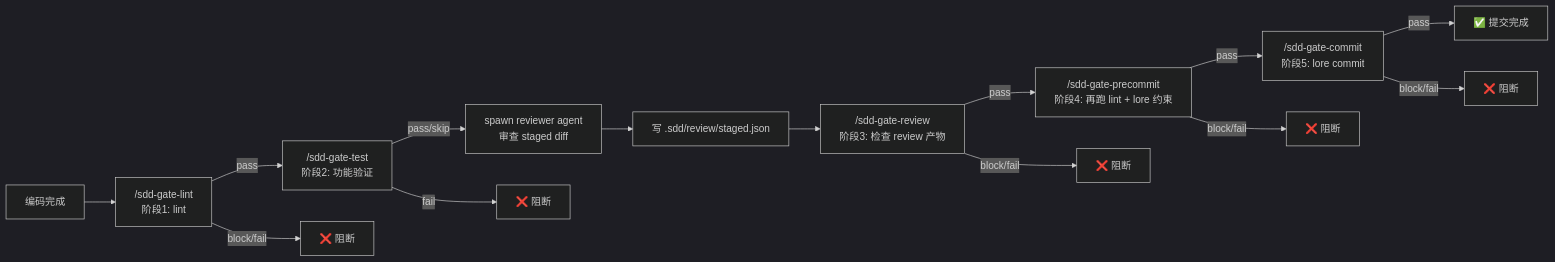
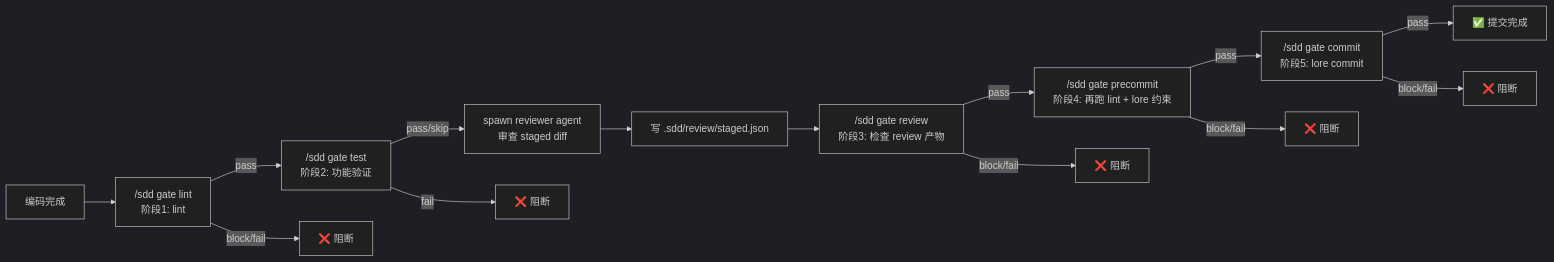
One commit to Norman-pong/sdd-pack changed the first of 2 diagrams in docs/architecture/sdd-gate.md. Above: the diagram before and after it, drawn with Mermaid (dark theme). The commit also changed other lines of this file and 9 other files, not shown here.

````diff
--- a/docs/architecture/sdd-gate.md
+++ b/docs/architecture/sdd-gate.md
@@ -47,16 +47,16 @@
 ```mermaid
 flowchart LR
-    Code["编码完成"] --> GL["/sdd-gate-lint<br/>阶段1: lint"]
-    GL -->|pass| GT["/sdd-gate-test<br/>阶段2: 功能验证"]
+    Code["编码完成"] --> GL["/sdd gate lint<br/>阶段1: lint"]
+    GL -->|pass| GT["/sdd gate test<br/>阶段2: 功能验证"]
     GL -->|block/fail| Stop1["❌ 阻断"]
     GT -->|pass/skip| Review["spawn reviewer agent<br/>审查 staged diff"]
     GT -->|fail| Stop2["❌ 阻断"]
     Review --> WriteReview["写 .sdd/review/staged.json"]
-    WriteReview --> GR["/sdd-gate-review<br/>阶段3: 检查 review 产物"]
-    GR -->|pass| GPC["/sdd-gate-precommit<br/>阶段4: 再跑 lint + lore 约束"]
+    WriteReview --> GR["/sdd gate review<br/>阶段3: 检查 review 产物"]
+    GR -->|pass| GPC["/sdd gate precommit<br/>阶段4: 再跑 lint + lore 约束"]
     GR -->|block/fail| Stop3["❌ 阻断"]
-    GPC -->|pass| GC["/sdd-gate-commit<br/>阶段5: lore commit"]
+    GPC -->|pass| GC["/sdd gate commit<br/>阶段5: lore commit"]
     GPC -->|block/fail| Stop4["❌ 阻断"]
     GC -->|pass| Done["✅ 提交完成"]
     GC -->|block/fail| Stop5["❌ 阻断"]
 ```
````
